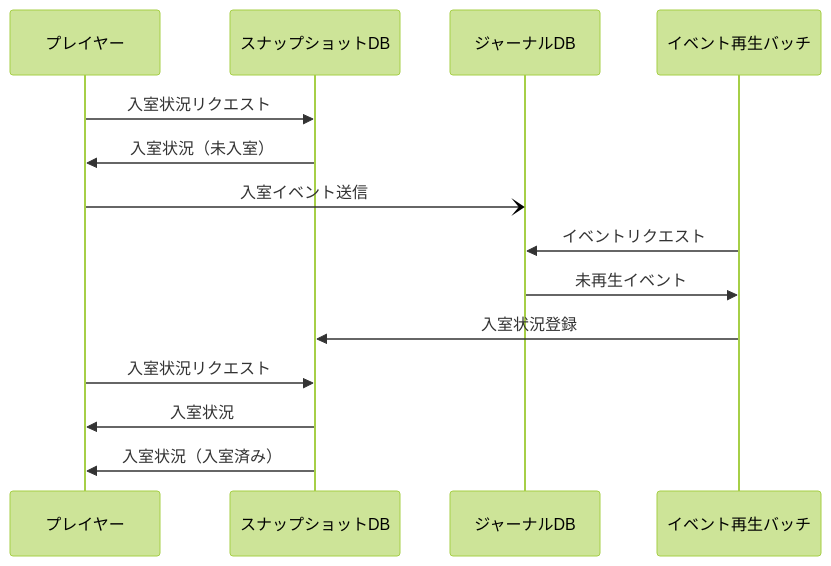
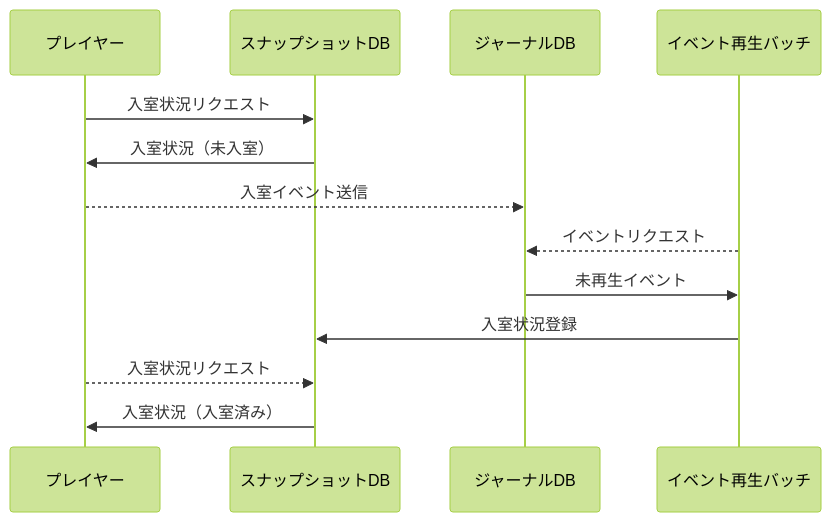
Before and after one commit to youhei-ushio/nico-cards: the diagram in README.md, drawn with Mermaid (forest theme).

Commit message:
シーケンス図修正

````diff
--- a/README.md
+++ b/README.md
@@ -21,12 +21,11 @@
 ```mermaid
 sequenceDiagram
 プレイヤー->>スナップショットDB: 入室状況リクエスト
 スナップショットDB->>プレイヤー: 入室状況（未入室）
-プレイヤー-)ジャーナルDB: 入室イベント送信
-イベント再生バッチ->>ジャーナルDB: イベントリクエスト
+プレイヤー-->>ジャーナルDB: 入室イベント送信
+イベント再生バッチ-->>ジャーナルDB: イベントリクエスト
 ジャーナルDB->>イベント再生バッチ: 未再生イベント
 イベント再生バッチ->>スナップショットDB: 入室状況登録
-プレイヤー->>スナップショットDB: 入室状況リクエスト
-スナップショットDB->>プレイヤー: 入室状況
+プレイヤー-->>スナップショットDB: 入室状況リクエスト
 スナップショットDB->>プレイヤー: 入室状況（入室済み）
 ```
````
